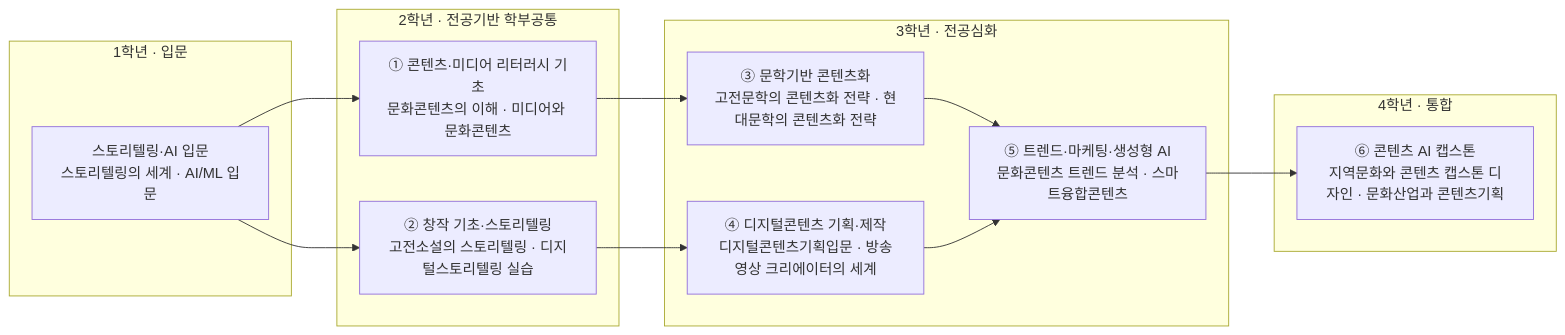
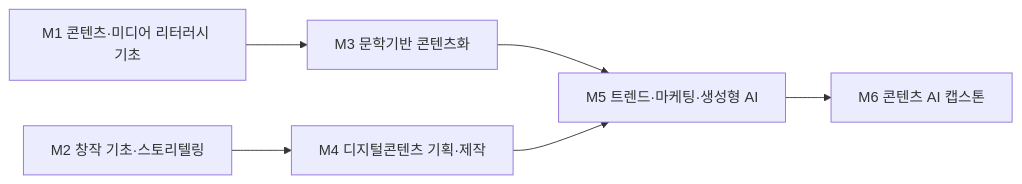
The diagram in docs/ai/literature-culture-contents.md (parclab-hsu/ai-curriculum-2026), drawn with Mermaid before and after one commit. The commit also changed other lines of this file and 22 other files, not shown here.

````diff
--- a/docs/ai/literature-culture-contents.md
+++ b/docs/ai/literature-culture-contents.md
@@ -134,25 +147,8 @@
 ```mermaid
 flowchart LR
-  subgraph Y1["1학년 · 입문"]
-    A0["스토리텔링·AI 입문<br/>스토리텔링의 세계 · AI/ML 입문"]
-  end
-  subgraph Y2["2학년 · 전공기반 학부공통"]
-    M1["① 콘텐츠·미디어 리터러시 기초<br/>문화콘텐츠의 이해 · 미디어와 문화콘텐츠"]
-    M2["② 창작 기초·스토리텔링<br/>고전소설의 스토리텔링 · 디지털스토리텔링 실습"]
-  end
-  subgraph Y3["3학년 · 전공심화"]
-    M3["③ 문학기반 콘텐츠화<br/>고전문학의 콘텐츠화 전략 · 현대문학의 콘텐츠화 전략"]
-    M4["④ 디지털콘텐츠 기획·제작<br/>디지털콘텐츠기획입문 · 방송영상 크리에이터의 세계"]
-    M5["⑤ 트렌드·마케팅·생성형 AI<br/>문화콘텐츠 트렌드 분석 · 스마트융합콘텐츠"]
-  end
-  subgraph Y4["4학년 · 통합"]
-    CAP["⑥ 콘텐츠 AI 캡스톤<br/>지역문화와 콘텐츠 캡스톤 디자인 · 문화산업과 콘텐츠기획"]
-  end
-  A0 --> M1
-  A0 --> M2
-  M1 --> M3
-  M2 --> M4
-  M3 --> M5
+  M1["M1 콘텐츠·미디어 리터러시 기초"] --> M3["M3 문학기반 콘텐츠화"]
+  M2["M2 창작 기초·스토리텔링"] --> M4["M4 디지털콘텐츠 기획·제작"]
+  M3 --> M5["M5 트렌드·마케팅·생성형 AI"]
   M4 --> M5
-  M5 --> CAP
+  M5 --> CAP["M6 콘텐츠 AI 캡스톤"]
 ```
````
